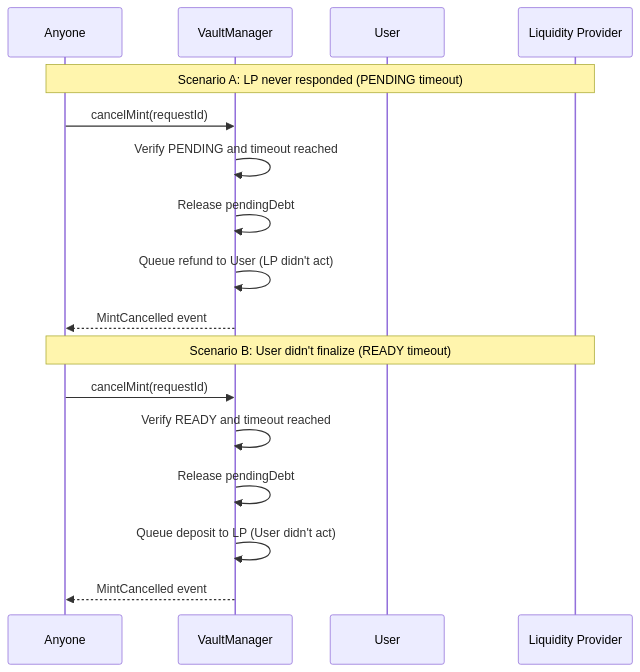
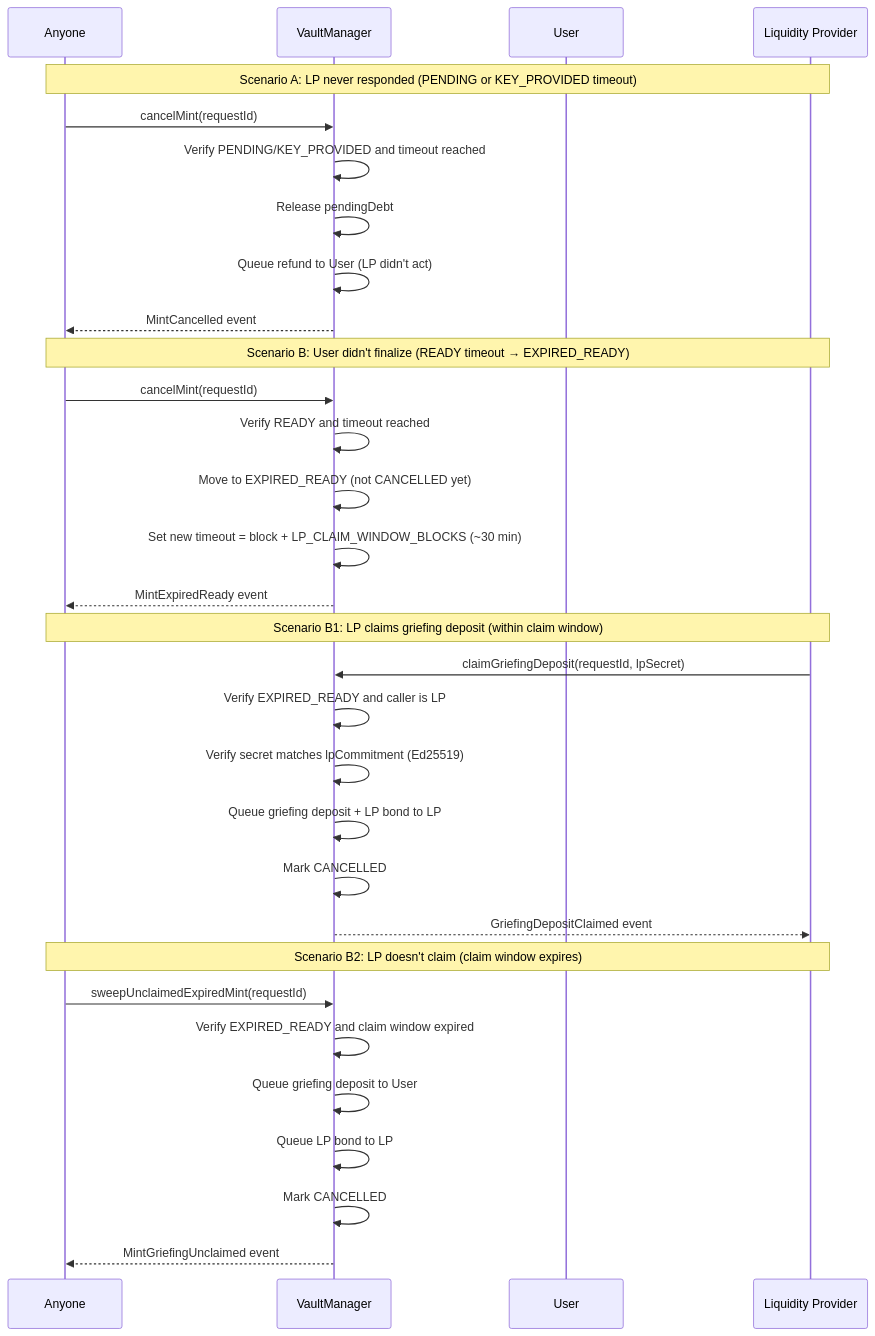
One commit to madschristensen99/wrapsynth changed the tenth of 19 diagrams in docs/sequenceDiagrams.md. Above: the diagram before and after it, drawn with Mermaid. The commit also changed other lines of this file and 32 other files, not shown here.

````diff
--- a/docs/sequenceDiagrams.md
+++ b/docs/sequenceDiagrams.md
@@ -405,21 +481,37 @@
 ```mermaid
 sequenceDiagram
     participant Anyone
     participant VM as VaultManager
     participant User
     participant LP as Liquidity Provider
 
-    Note over Anyone,LP: Scenario A: LP never responded (PENDING timeout)
+    Note over Anyone,LP: Scenario A: LP never responded (PENDING or KEY_PROVIDED timeout)
     Anyone->>VM: cancelMint(requestId)
-    VM->>VM: Verify PENDING and timeout reached
+    VM->>VM: Verify PENDING/KEY_PROVIDED and timeout reached
     VM->>VM: Release pendingDebt
     VM->>VM: Queue refund to User (LP didn't act)
     VM-->>Anyone: MintCancelled event
 
-    Note over Anyone,LP: Scenario B: User didn't finalize (READY timeout)
+    Note over Anyone,LP: Scenario B: User didn't finalize (READY timeout → EXPIRED_READY)
     Anyone->>VM: cancelMint(requestId)
     VM->>VM: Verify READY and timeout reached
-    VM->>VM: Release pendingDebt
-    VM->>VM: Queue deposit to LP (User didn't act)
-    VM-->>Anyone: MintCancelled event
+    VM->>VM: Move to EXPIRED_READY (not CANCELLED yet)
+    VM->>VM: Set new timeout = block + LP_CLAIM_WINDOW_BLOCKS (~30 min)
+    VM-->>Anyone: MintExpiredReady event
+
+    Note over Anyone,LP: Scenario B1: LP claims griefing deposit (within claim window)
+    LP->>VM: claimGriefingDeposit(requestId, lpSecret)
+    VM->>VM: Verify EXPIRED_READY and caller is LP
+    VM->>VM: Verify secret matches lpCommitment (Ed25519)
+    VM->>VM: Queue griefing deposit + LP bond to LP
+    VM->>VM: Mark CANCELLED
+    VM-->>LP: GriefingDepositClaimed event
+
+    Note over Anyone,LP: Scenario B2: LP doesn't claim (claim window expires)
+    Anyone->>VM: sweepUnclaimedExpiredMint(requestId)
+    VM->>VM: Verify EXPIRED_READY and claim window expired
+    VM->>VM: Queue griefing deposit to User
+    VM->>VM: Queue LP bond to LP
+    VM->>VM: Mark CANCELLED
+    VM-->>Anyone: MintGriefingUnclaimed event
 ```
````
